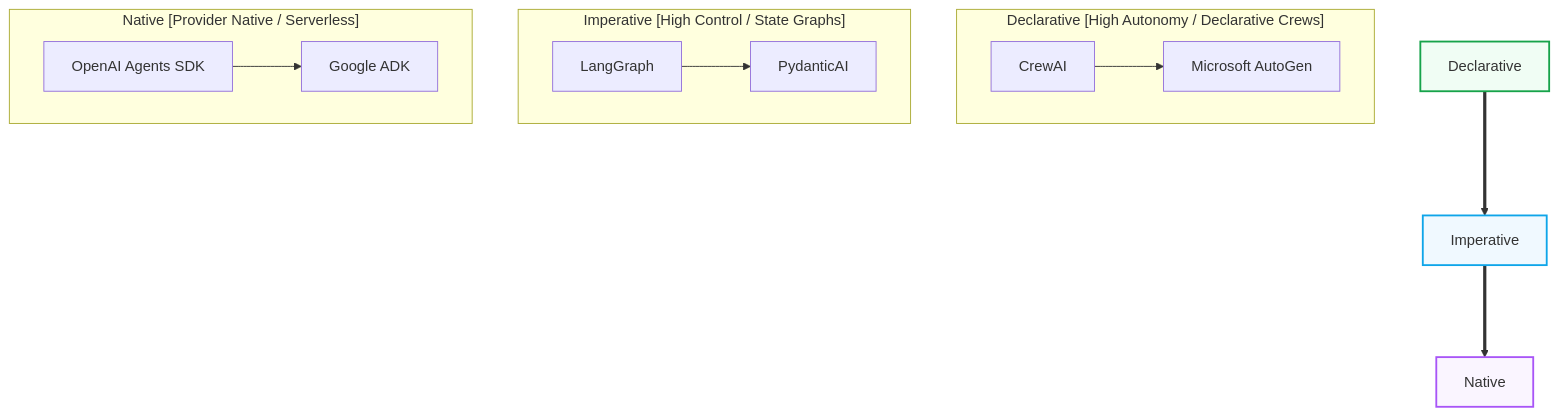
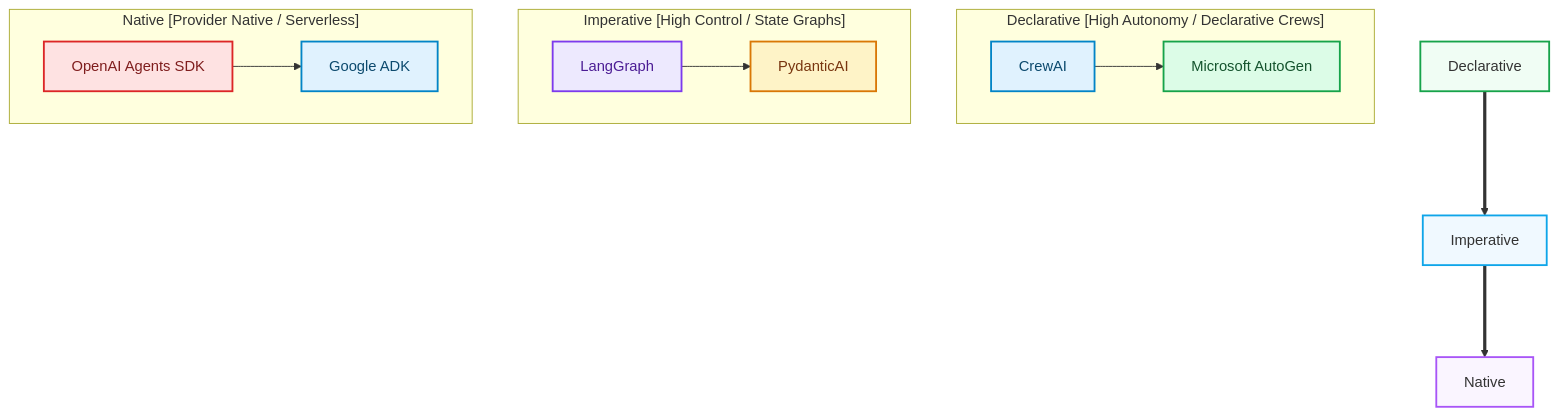
Before and after one commit to akmalkhaniub/akmalkhaniub.github.io: the diagram in blog/posts/multi-agent-framework-comparison.md, drawn with Mermaid. The commit also changed other lines of this file and 1291 other files, not shown here.

First line of the commit message:
feat(catalog): unique covers, scholarly references, and diagram palettes

````diff
--- a/blog/posts/multi-agent-framework-comparison.md
+++ b/blog/posts/multi-agent-framework-comparison.md
@@ -16,17 +16,28 @@
 ```mermaid
 flowchart TD
     subgraph SG1_DeclarativeHighAutonomy ["Declarative [High Autonomy / Declarative Crews]"]
-        CrewAI[CrewAI] --> AutoGen[Microsoft AutoGen]
+        CrewAI["CrewAI"] --> AutoGen["Microsoft AutoGen"]
     end
     subgraph SG2_ImperativeHighControl ["Imperative [High Control / State Graphs]"]
-        LangGraph[LangGraph] --> PydanticAI[PydanticAI]
+        LangGraph["LangGraph"] --> PydanticAI["PydanticAI"]
     end
     subgraph SG3_NativeProviderNative ["Native [Provider Native / Serverless]"]
-        OpenAI[OpenAI Agents SDK] --> Vertex[Google ADK]
+        OpenAI["OpenAI Agents SDK"] --> Vertex["Google ADK"]
     end
     Declarative ===> Imperative
     Imperative ===> Native
     style Declarative fill:#f0fdf4,stroke:#16a34a,stroke-width:2px
     style Imperative fill:#f0f9ff,stroke:#0ea5e9,stroke-width:2px
     style Native fill:#faf5ff,stroke:#a855f7,stroke-width:2px
+
+classDef green fill:#dcfce7,stroke:#16a34a,stroke-width:2px,color:#14532d;
+classDef red fill:#fee2e2,stroke:#dc2626,stroke-width:2px,color:#7f1d1d;
+classDef blue fill:#e0f2fe,stroke:#0284c7,stroke-width:2px,color:#0c4a6e;
+classDef yellow fill:#fef3c7,stroke:#d97706,stroke-width:2px,color:#78350f;
+classDef purple fill:#ede9fe,stroke:#7c3aed,stroke-width:2px,color:#4c1d95;
+class CrewAI,Vertex blue
+class AutoGen green
+class LangGraph purple
+class PydanticAI yellow
+class OpenAI red
 ```
````
